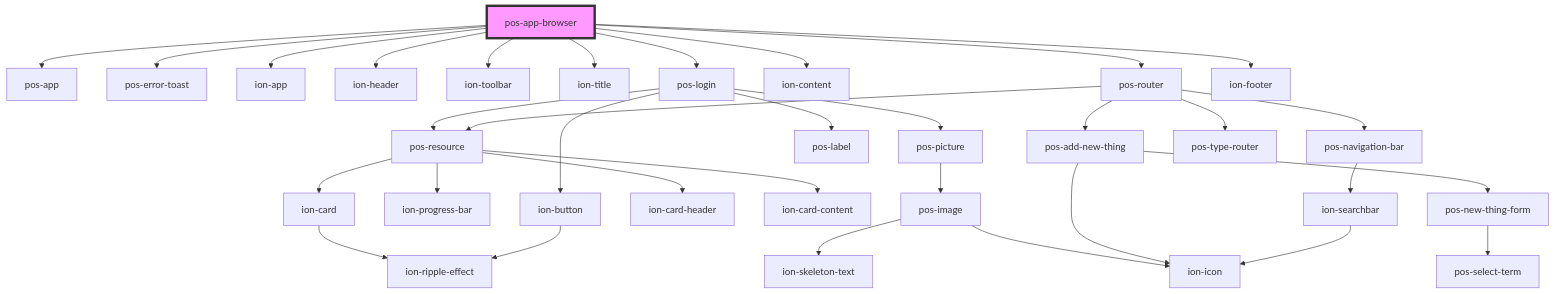
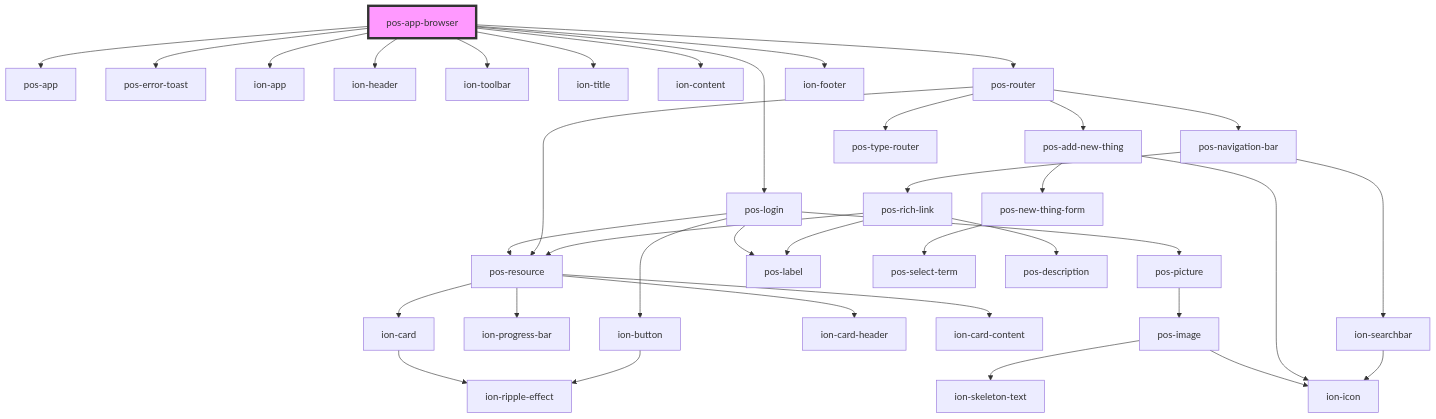
Before and after one commit to pod-os/PodOS: the diagram in docs/elements/apps/pos-app-browser/readme.md, drawn with Mermaid. The commit also changed 12 other files, not shown here.

Commit message:
feat: remove ion from pos-rich-link; use pollen

````diff
--- a/docs/elements/apps/pos-app-browser/readme.md
+++ b/docs/elements/apps/pos-app-browser/readme.md
@@ -24,36 +24,40 @@
 ```mermaid
 graph TD;
   pos-app-browser --> pos-app
   pos-app-browser --> pos-error-toast
   pos-app-browser --> ion-app
   pos-app-browser --> ion-header
   pos-app-browser --> ion-toolbar
   pos-app-browser --> ion-title
   pos-app-browser --> pos-login
   pos-app-browser --> ion-content
   pos-app-browser --> pos-router
   pos-app-browser --> ion-footer
   pos-login --> pos-resource
   pos-login --> pos-picture
   pos-login --> pos-label
   pos-login --> ion-button
   pos-resource --> ion-progress-bar
   pos-resource --> ion-card
   pos-resource --> ion-card-header
   pos-resource --> ion-card-content
   ion-card --> ion-ripple-effect
   pos-picture --> pos-image
   pos-image --> ion-skeleton-text
   pos-image --> ion-icon
   ion-button --> ion-ripple-effect
   pos-router --> pos-add-new-thing
   pos-router --> pos-navigation-bar
   pos-router --> pos-resource
   pos-router --> pos-type-router
   pos-add-new-thing --> ion-icon
   pos-add-new-thing --> pos-new-thing-form
   pos-new-thing-form --> pos-select-term
   pos-navigation-bar --> ion-searchbar
+  pos-navigation-bar --> pos-rich-link
   ion-searchbar --> ion-icon
+  pos-rich-link --> pos-resource
+  pos-rich-link --> pos-label
+  pos-rich-link --> pos-description
   style pos-app-browser fill:#f9f,stroke:#333,stroke-width:4px
 ```
````
